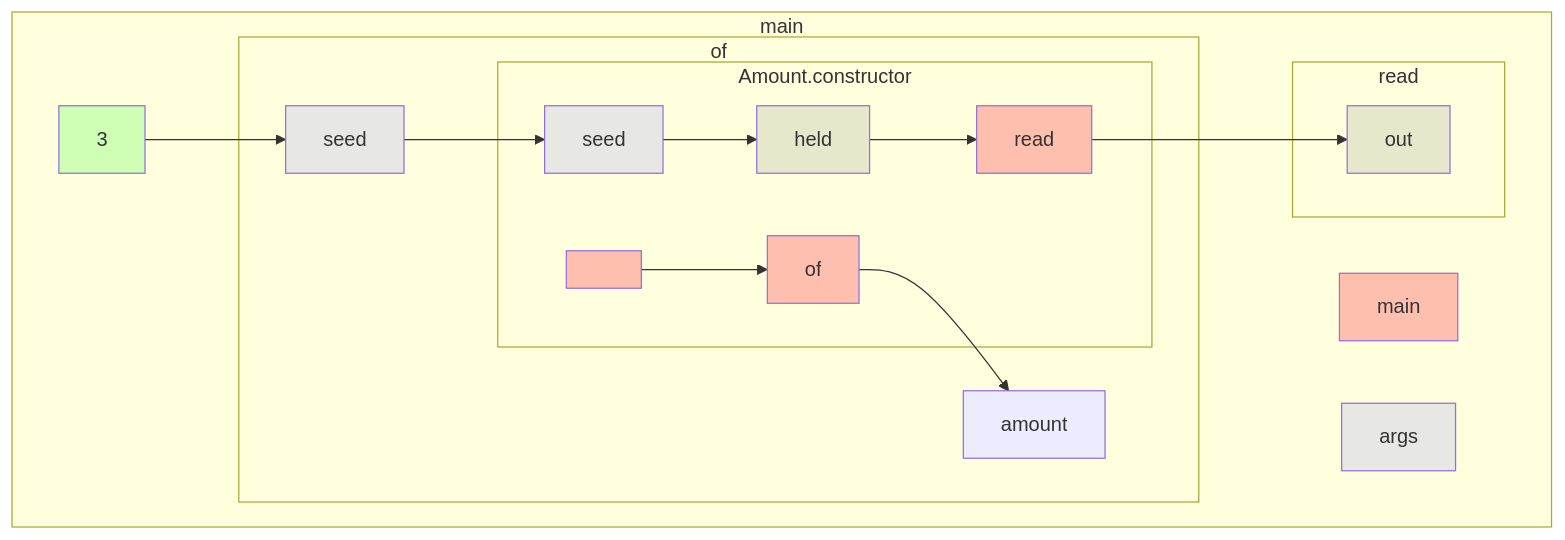
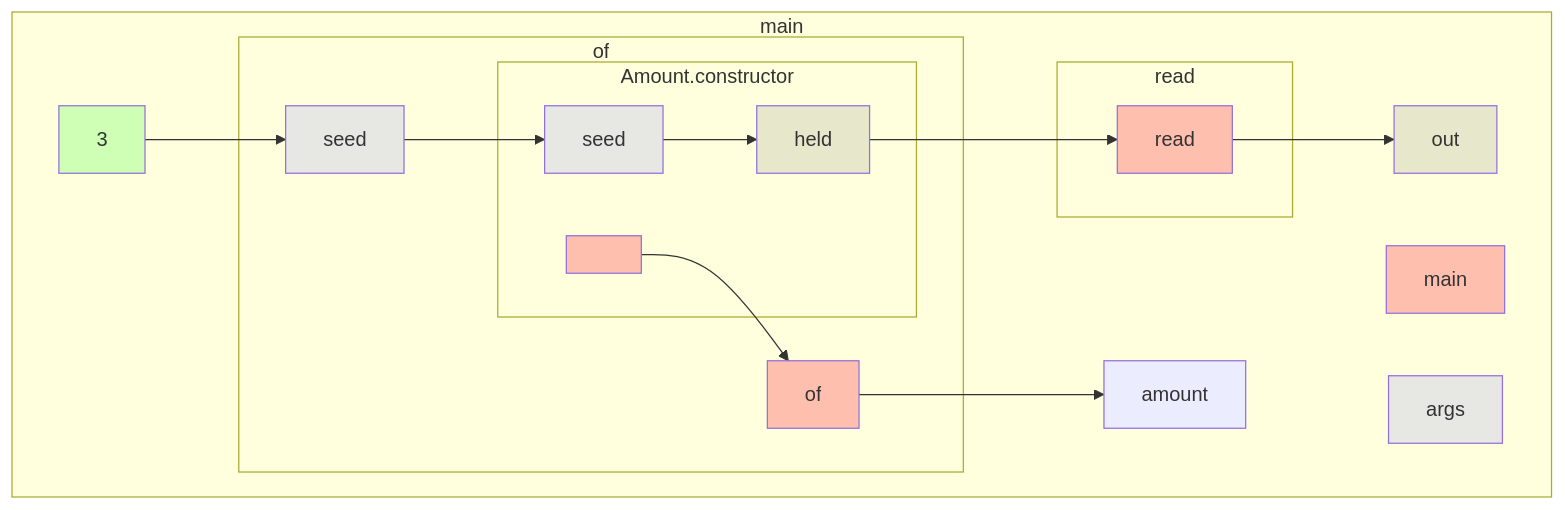
The diagram in app/src/test/resources/returnedObject/truth.md (gstiebler/codeflow), drawn with Mermaid before and after one commit. The commit also changed 34 other files, not shown here.

````diff
--- a/app/src/test/resources/returnedObject/truth.md
+++ b/app/src/test/resources/returnedObject/truth.md
@@ -1,36 +1,36 @@
 ```mermaid
 flowchart TD
   subgraph b0["main"]
     n1[main]:::RETURN
     n2[args]:::FUNC_PARAM
     n3[3]:::LITERAL
     n11[amount]:::OBJ_VARIABLE
     n14[out]:::VARIABLE
     n3[3]:::LITERAL --> n6[seed]:::FUNC_PARAM
+    n5[of]:::RETURN --> n11[amount]:::OBJ_VARIABLE
+    n10[held]:::VARIABLE --> n13[read]:::RETURN
+    n13[read]:::RETURN --> n14[out]:::VARIABLE
     subgraph b4["of"]
       n5[of]:::RETURN
       n6[seed]:::FUNC_PARAM
-      n5[of]:::RETURN --> n11[amount]:::OBJ_VARIABLE
       n6[seed]:::FUNC_PARAM --> n9[seed]:::FUNC_PARAM
+      n8[<init>]:::RETURN --> n5[of]:::RETURN
       subgraph b7["Amount.constructor"]
         n8[<init>]:::RETURN
         n9[seed]:::FUNC_PARAM
         n10[held]:::VARIABLE
-        n8[<init>]:::RETURN --> n5[of]:::RETURN
         n9[seed]:::FUNC_PARAM --> n10[held]:::VARIABLE
-        n10[held]:::VARIABLE --> n13[read]:::RETURN
       end
     end
     subgraph b12["read"]
       n13[read]:::RETURN
-      n13[read]:::RETURN --> n14[out]:::VARIABLE
     end
   end
   classDef LITERAL fill:#00FF0030
   classDef VARIABLE fill:#80808030
   classDef BIN_OP fill:#80808080
   classDef FUNC_PARAM fill:#8080FF30
   classDef RETURN fill:#FF808080
   classDef EXTERNAL fill:#FFA50040
   classDef UNMODELLED fill:#FF000030,stroke-dasharray: 4 2
 ```
````
